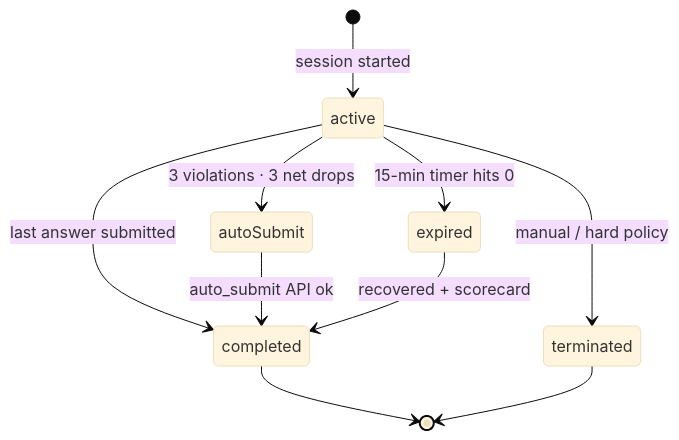
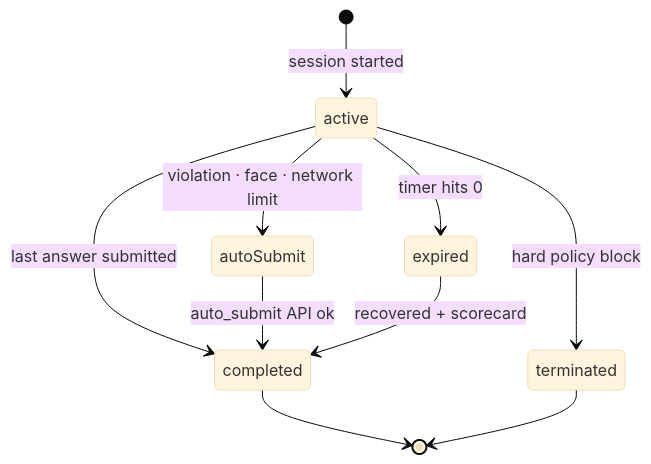
The second of 3 diagrams in README.md (stepupmark/letshyre-interview), drawn with Mermaid (base theme) before and after one commit. The commit also changed other lines of this file, not shown here.

````diff
--- a/README.md
+++ b/README.md
@@ -134,12 +171,12 @@
 ```mermaid
 stateDiagram-v2
     [*] --> active : session started
     active --> completed : last answer submitted
-    active --> expired : 15-min timer hits 0
-    active --> terminated : manual / hard policy
-    active --> autoSubmit : 3 violations · 3 net drops
+    active --> expired : timer hits 0
+    active --> terminated : hard policy block
+    active --> autoSubmit : violation · face · network limit
     autoSubmit --> completed : auto_submit API ok
     expired --> completed : recovered + scorecard
     completed --> [*]
     terminated --> [*]
 ```
````
